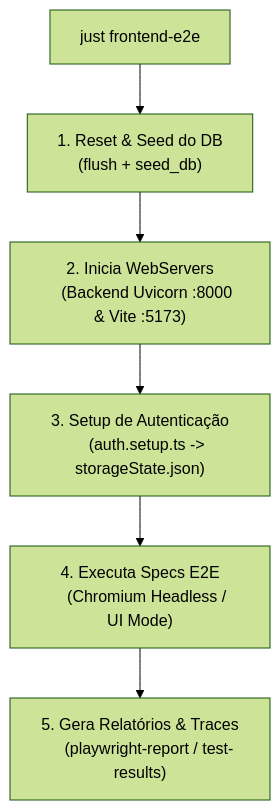
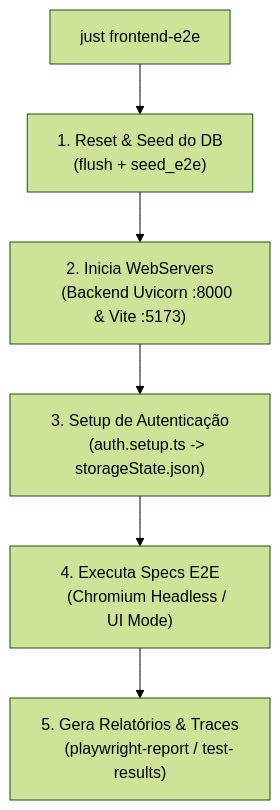
The diagram in docs/guides/frontend/run-playwright-e2e.md (Rafaelp122/wedding_management), drawn with Mermaid (forest theme) before and after one commit. The commit also changed other lines of this file and 15 other files, not shown here.

````diff
--- a/docs/guides/frontend/run-playwright-e2e.md
+++ b/docs/guides/frontend/run-playwright-e2e.md
@@ -17,13 +17,13 @@
 ```mermaid
 flowchart TD
     Start["just frontend-e2e"] --> DBReset["1. Reset & Seed do DB
-    (flush + seed_db)"]
+    (flush + seed_e2e)"]
     DBReset --> StartServers["2. Inicia WebServers
     (Backend Uvicorn :8000 & Vite :5173)"]
     StartServers --> AuthSetup["3. Setup de Autenticação
     (auth.setup.ts -> storageState.json)"]
     AuthSetup --> RunSpecs["4. Executa Specs E2E
     (Chromium Headless / UI Mode)"]
     RunSpecs --> Artifacts["5. Gera Relatórios & Traces
     (playwright-report / test-results)"]
 ```
````
